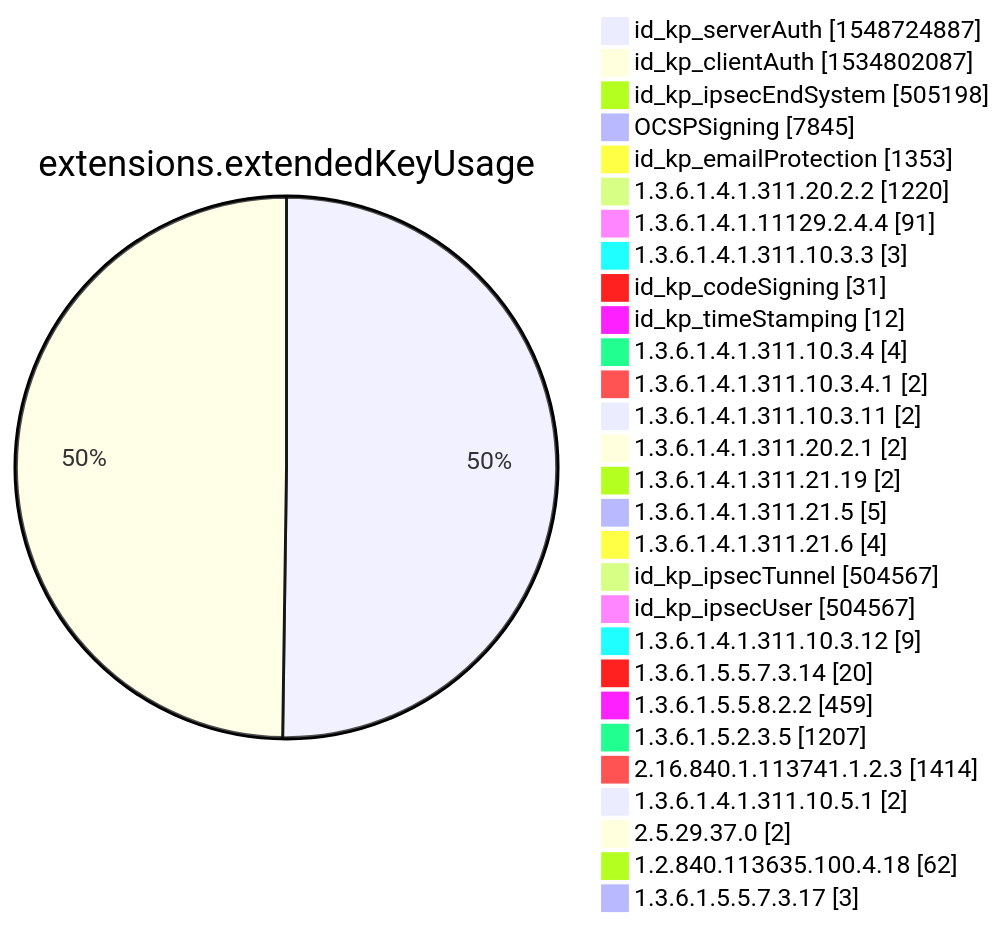
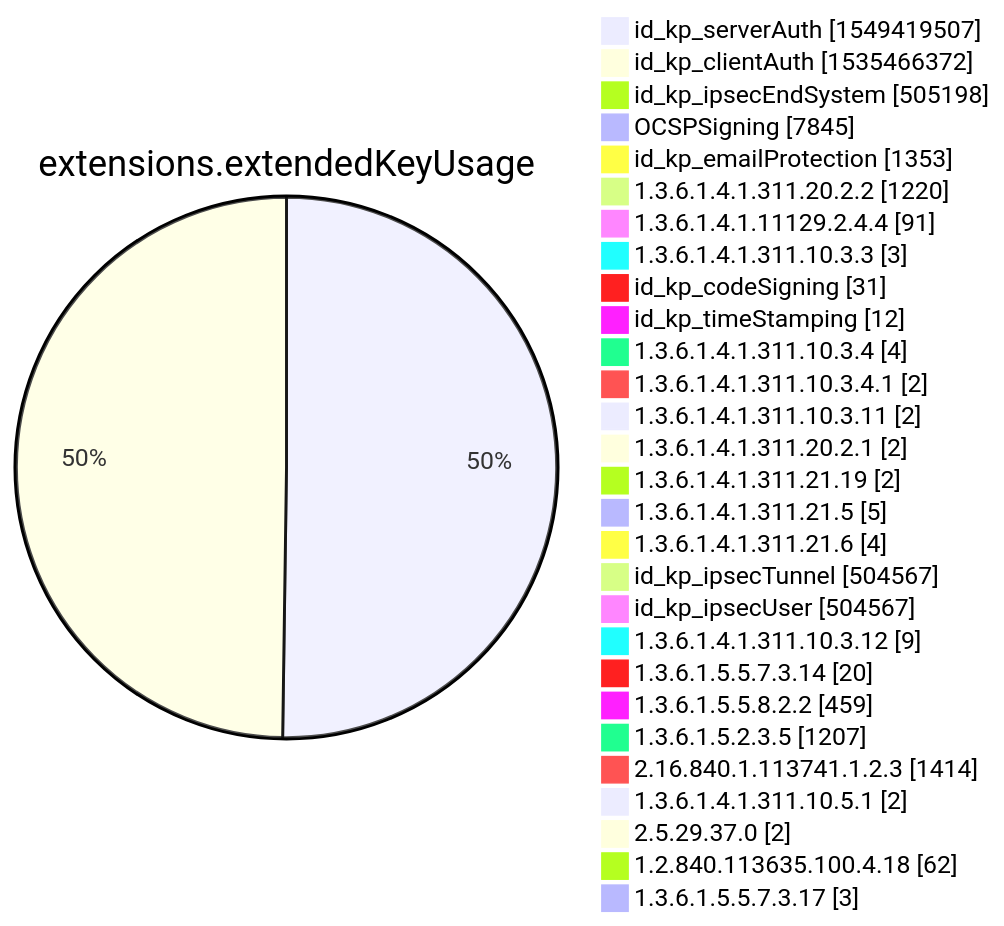
One commit to christiankrug/ctmonitor_visualization changed diagram 12 of 15 in xenon2022/README.md. Above: the diagram before and after it, drawn with Mermaid. The commit also changed other lines of this file, not shown here.

````diff
--- a/xenon2022/README.md
+++ b/xenon2022/README.md
@@ -3882,32 +3882,32 @@
 ```mermaid
 pie showData
 title extensions.extendedKeyUsage
-"id_kp_serverAuth" :1548724887
-"id_kp_clientAuth" :1534802087
+"id_kp_serverAuth" :1549419507
+"id_kp_clientAuth" :1535466372
 "id_kp_ipsecEndSystem" :505198
 "OCSPSigning" :7845
 "id_kp_emailProtection" :1353
 "1.3.6.1.4.1.311.20.2.2" :1220
 "1.3.6.1.4.1.11129.2.4.4" :91
 "1.3.6.1.4.1.311.10.3.3" :3
 "id_kp_codeSigning" :31
 "id_kp_timeStamping" :12
 "1.3.6.1.4.1.311.10.3.4" :4
 "1.3.6.1.4.1.311.10.3.4.1" :2
 "1.3.6.1.4.1.311.10.3.11" :2
 "1.3.6.1.4.1.311.20.2.1" :2
 "1.3.6.1.4.1.311.21.19" :2
 "1.3.6.1.4.1.311.21.5" :5
 "1.3.6.1.4.1.311.21.6" :4
 "id_kp_ipsecTunnel" :504567
 "id_kp_ipsecUser" :504567
 "1.3.6.1.4.1.311.10.3.12" :9
 "1.3.6.1.5.5.7.3.14" :20
 "1.3.6.1.5.5.8.2.2" :459
 "1.3.6.1.5.2.3.5" :1207
 "2.16.840.1.113741.1.2.3" :1414
 "1.3.6.1.4.1.311.10.5.1" :2
 "2.5.29.37.0" :2
 "1.2.840.113635.100.4.18" :62
 "1.3.6.1.5.5.7.3.17" :3
 ```
````
